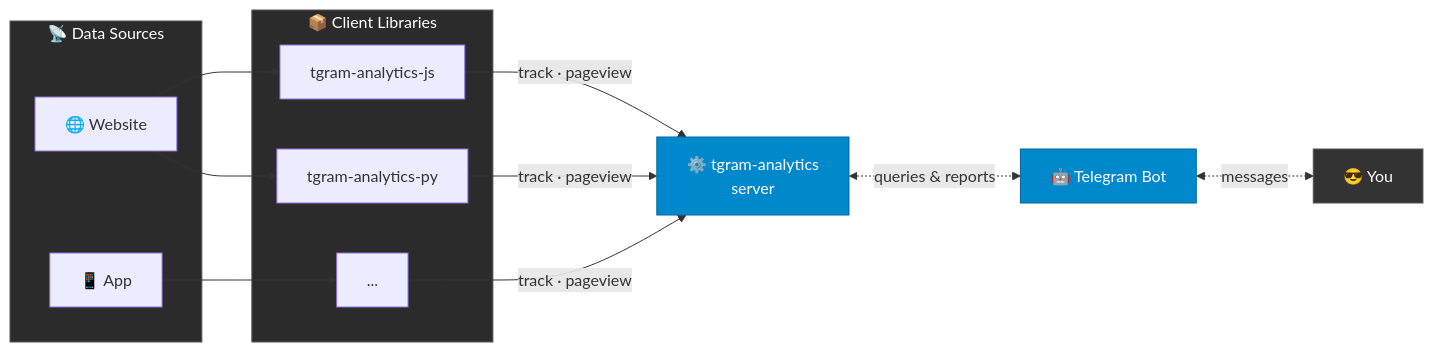
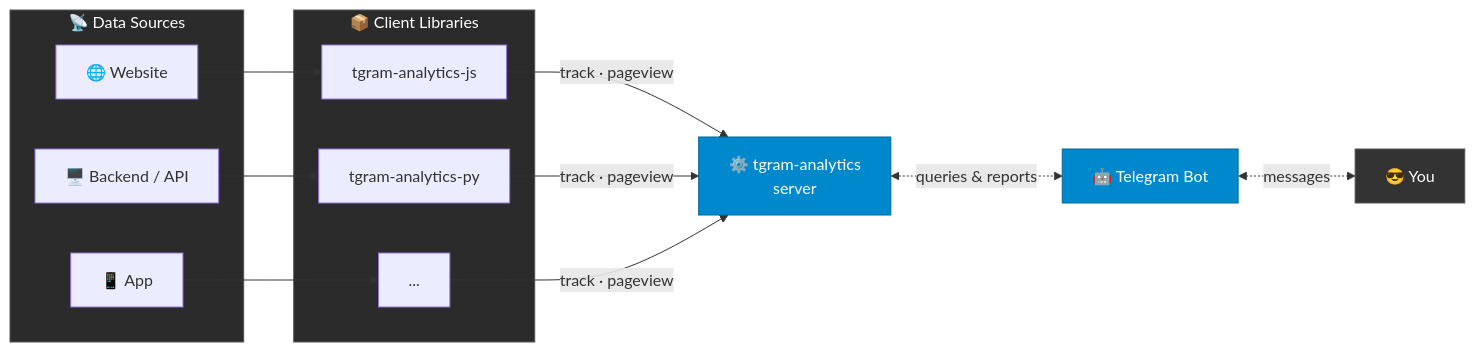
One commit to tgram-analytics/.github changed the diagram in profile/README.md. Above: the diagram before and after it, drawn with Mermaid.

Commit message:
Fix chart: tgram-analytics-py flows from backend/API source

````diff
--- a/profile/README.md
+++ b/profile/README.md
@@ -18,28 +18,29 @@
 ```mermaid
 flowchart LR
     subgraph Sources["📡 Data Sources"]
         A["🌐 Website"]
         B["📱 App"]
+        C["🖥️ Backend / API"]
     end
     subgraph SDKs["📦 Client Libraries"]
         JS["tgram-analytics-js"]
         PY["tgram-analytics-py"]
         SW["..."]
     end
     S["⚙️ tgram-analytics\nserver"]
     T["🤖 Telegram Bot"]
     U["😎 You"]
     A --> JS
-    A --> PY
     B --> SW
+    C --> PY
     JS -- "track · pageview" --> S
     PY -- "track · pageview" --> S
     SW -- "track · pageview" --> S
     S <-. "queries & reports" .-> T
     T <-. "messages" .-> U
     style Sources fill:#2b2b2b,stroke:#555,color:#fff
     style SDKs fill:#2b2b2b,stroke:#555,color:#fff
     style S fill:#0088cc,stroke:#006699,color:#fff
     style T fill:#0088cc,stroke:#006699,color:#fff
     style U fill:#333,stroke:#555,color:#fff
 ```
````
